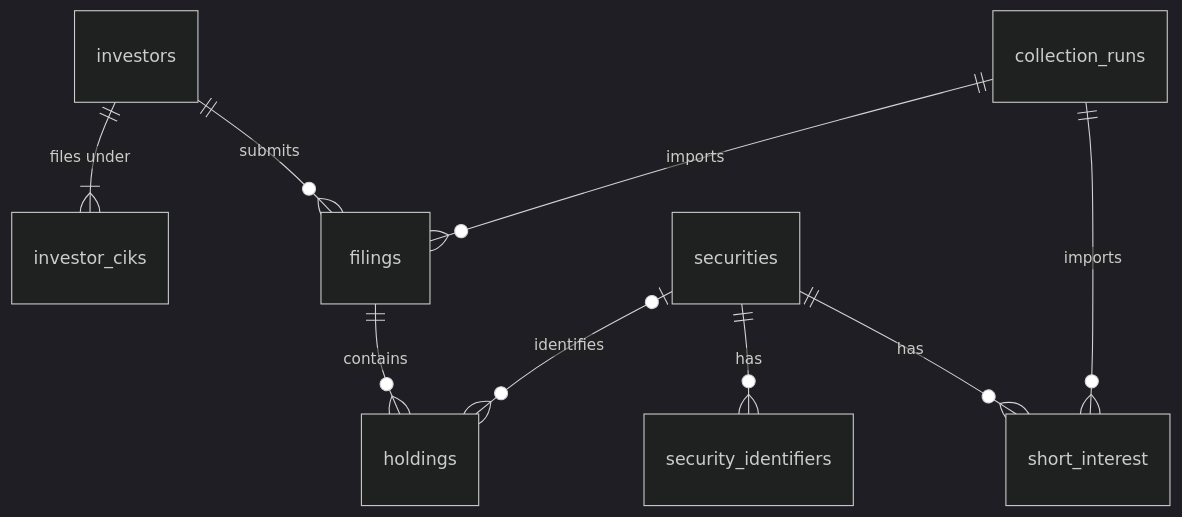
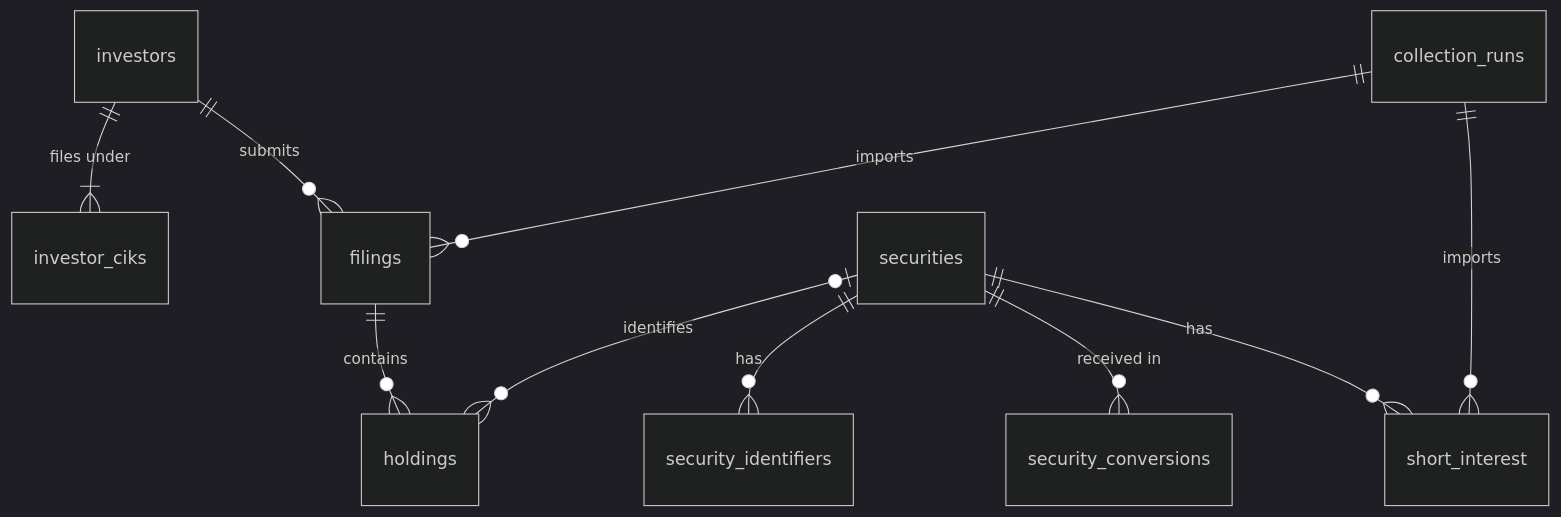
Before and after one commit to Bazian-io/stock-positioning-tracker: the diagram in supabase/README.md, drawn with Mermaid (dark theme). The commit also changed other lines of this file and 14 other files, not shown here.

````diff
--- a/supabase/README.md
+++ b/supabase/README.md
@@ -20,11 +21,12 @@
 ```mermaid
 erDiagram
     investors ||--|{ investor_ciks : "files under"
     investors ||--o{ filings : submits
     filings ||--o{ holdings : contains
     securities |o--o{ holdings : identifies
     securities ||--o{ security_identifiers : has
+    securities ||--o{ security_conversions : "received in"
     securities ||--o{ short_interest : has
     collection_runs ||--o{ filings : imports
     collection_runs ||--o{ short_interest : imports
 ```
````
